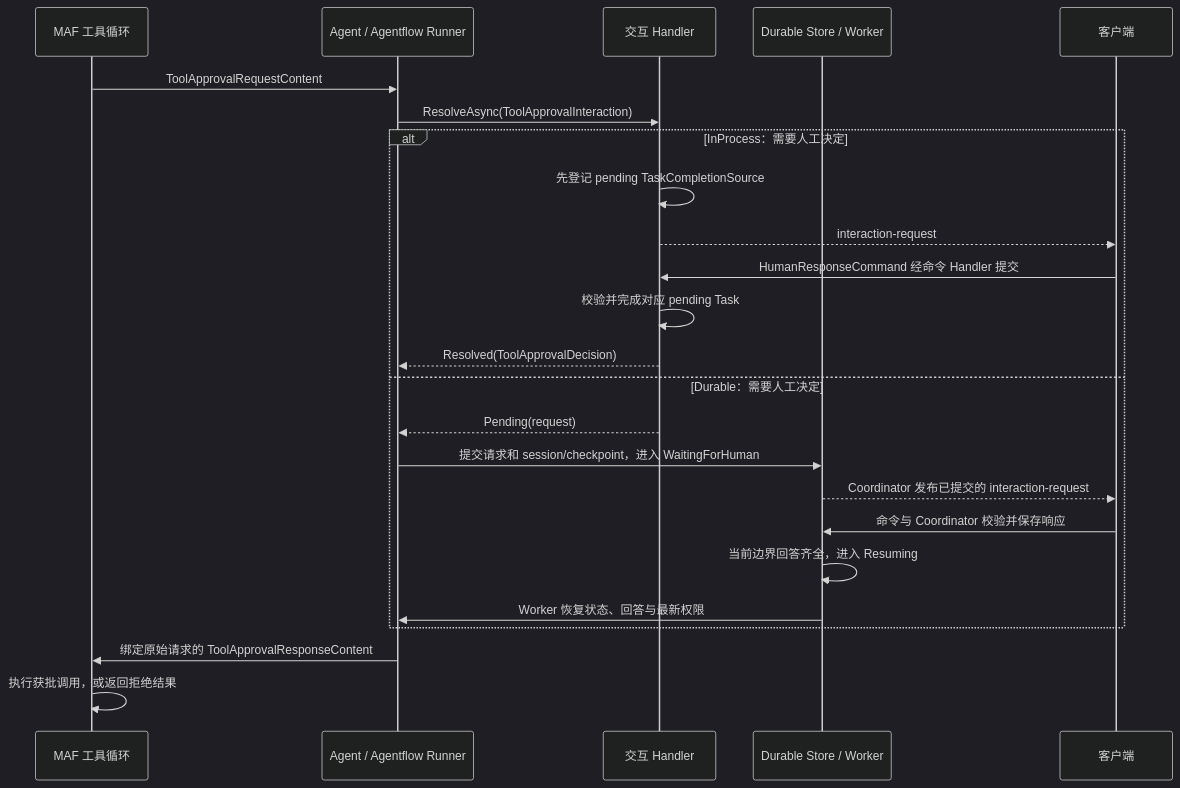
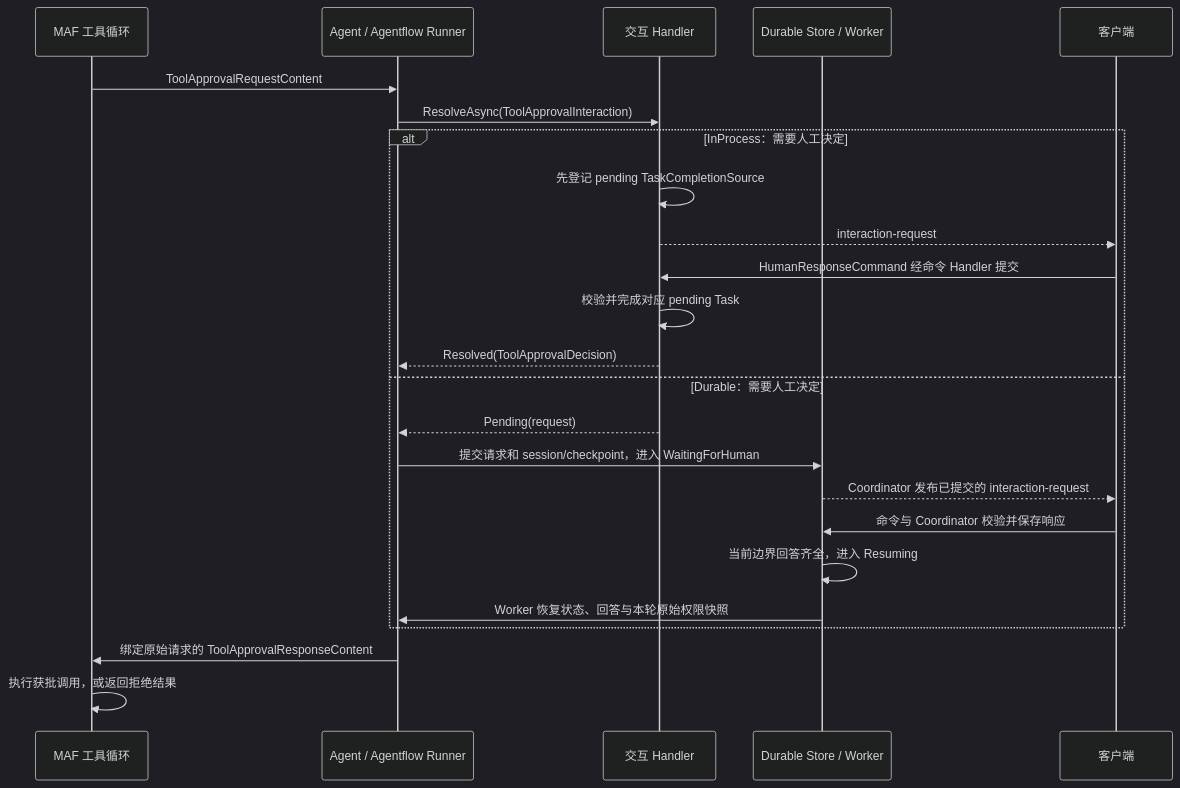
The third of 3 diagrams in src/server/Agw.Tools/README.zh-CN.md (zxyao145/agw), drawn with Mermaid (dark theme) before and after one commit. The commit also changed other lines of this file and 34 other files, not shown here.

````diff
--- a/src/server/Agw.Tools/README.zh-CN.md
+++ b/src/server/Agw.Tools/README.zh-CN.md
@@ -330,26 +330,26 @@
 ```mermaid
 sequenceDiagram
     participant MAF as MAF 工具循环
     participant Runner as Agent / Agentflow Runner
     participant Interaction as 交互 Handler
     participant Store as Durable Store / Worker
     participant Client as 客户端
     MAF->>Runner: ToolApprovalRequestContent
     Runner->>Interaction: ResolveAsync(ToolApprovalInteraction)
     alt InProcess：需要人工决定
         Interaction->>Interaction: 先登记 pending TaskCompletionSource
         Interaction-->>Client: interaction-request
         Client->>Interaction: HumanResponseCommand 经命令 Handler 提交
         Interaction->>Interaction: 校验并完成对应 pending Task
         Interaction-->>Runner: Resolved(ToolApprovalDecision)
     else Durable：需要人工决定
         Interaction-->>Runner: Pending(request)
         Runner->>Store: 提交请求和 session/checkpoint，进入 WaitingForHuman
         Store-->>Client: Coordinator 发布已提交的 interaction-request
         Client->>Store: 命令与 Coordinator 校验并保存响应
         Store->>Store: 当前边界回答齐全，进入 Resuming
-        Store->>Runner: Worker 恢复状态、回答与最新权限
+        Store->>Runner: Worker 恢复状态、回答与本轮原始权限快照
     end
     Runner->>MAF: 绑定原始请求的 ToolApprovalResponseContent
     MAF->>MAF: 执行获批调用，或返回拒绝结果
 ```
````
